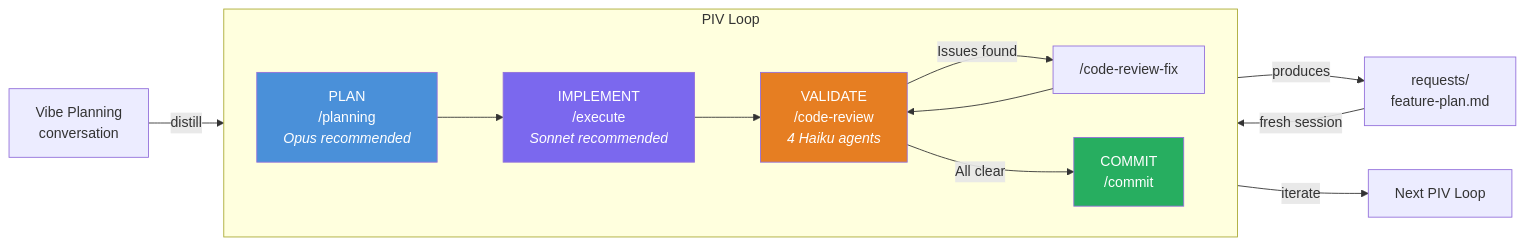
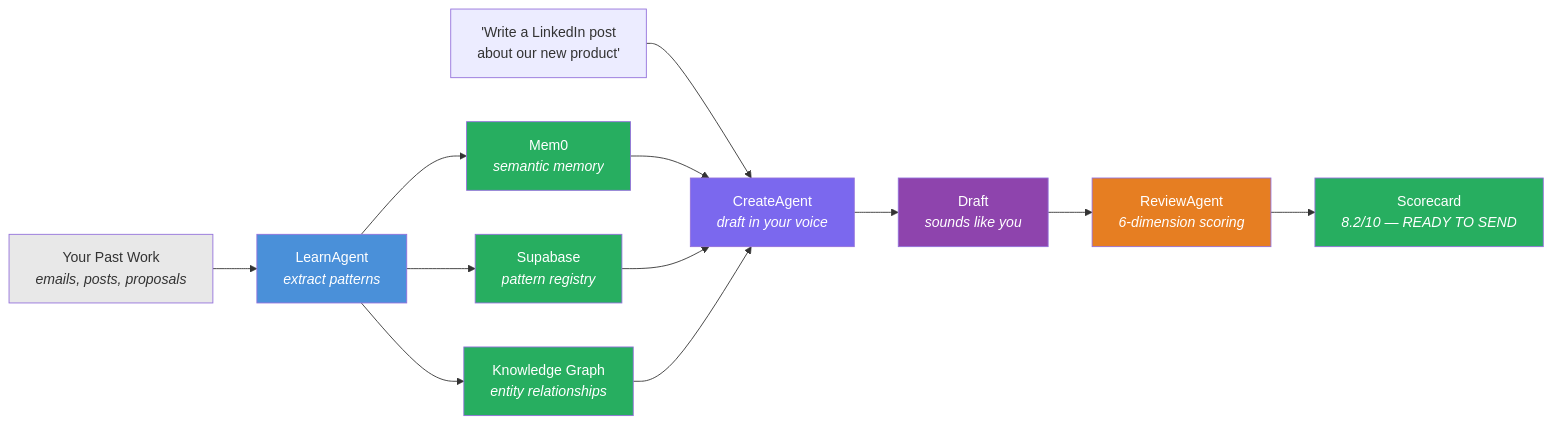
The first of 8 diagrams in README.md (ryanjosebrosas/second-brain-ultimatum), drawn with Mermaid before and after one commit. The commit also changed other lines of this file, not shown here.

First line of the commit message:
docs: rewrite README for Second Brain copywriter agent

````diff
--- a/README.md
+++ b/README.md
@@ -49,25 +17,25 @@
 ```mermaid
 graph LR
-    subgraph "PIV Loop"
-        direction LR
-        P["PLAN<br/>/planning<br/><i>Opus recommended</i>"]
-        I["IMPLEMENT<br/>/execute<br/><i>Sonnet recommended</i>"]
-        V["VALIDATE<br/>/code-review<br/><i>4 Haiku agents</i>"]
-        C["COMMIT<br/>/commit"]
+    INPUT["Your Past Work<br/><i>emails, posts, proposals</i>"] --> LEARN["LearnAgent<br/><i>extract patterns</i>"]
+    LEARN --> MEM0["Mem0<br/><i>semantic memory</i>"]
+    LEARN --> SUPA["Supabase<br/><i>pattern registry</i>"]
+    LEARN --> GRAPH["Knowledge Graph<br/><i>entity relationships</i>"]
 
-        P --> I --> V
-        V -->|"Issues found"| FIX["/code-review-fix"]
-        FIX --> V
-        V -->|"All clear"| C
-    end
+    PROMPT["'Write a LinkedIn post<br/>about our new product'"] --> CREATE["CreateAgent<br/><i>draft in your voice</i>"]
+    MEM0 --> CREATE
+    SUPA --> CREATE
+    GRAPH --> CREATE
+    CREATE --> DRAFT["Draft<br/><i>sounds like you</i>"]
+    DRAFT --> REVIEW["ReviewAgent<br/><i>6-dimension scoring</i>"]
+    REVIEW --> SCORECARD["Scorecard<br/><i>8.2/10 — READY TO SEND</i>"]
 
-    VIBE["Vibe Planning<br/>conversation"] -->|"distill"| P
-    P -->|"produces"| PLAN["requests/<br/>feature-plan.md"]
-    PLAN -->|"fresh session"| I
-    C -->|"iterate"| NEXT["Next PIV Loop"]
-
-    style P fill:#4a90d9,color:#fff
-    style I fill:#7b68ee,color:#fff
-    style V fill:#e67e22,color:#fff
-    style C fill:#27ae60,color:#fff
+    style INPUT fill:#e8e8e8,color:#333
+    style LEARN fill:#4a90d9,color:#fff
+    style CREATE fill:#7b68ee,color:#fff
+    style REVIEW fill:#e67e22,color:#fff
+    style MEM0 fill:#27ae60,color:#fff
+    style SUPA fill:#27ae60,color:#fff
+    style GRAPH fill:#27ae60,color:#fff
+    style DRAFT fill:#8e44ad,color:#fff
+    style SCORECARD fill:#27ae60,color:#fff
 ```
````
